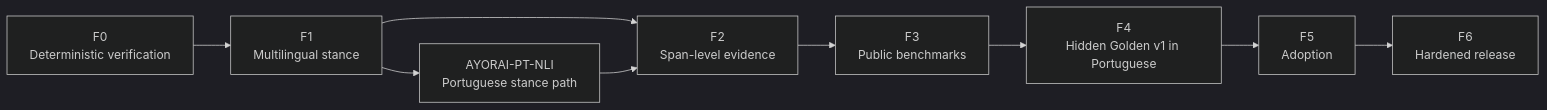
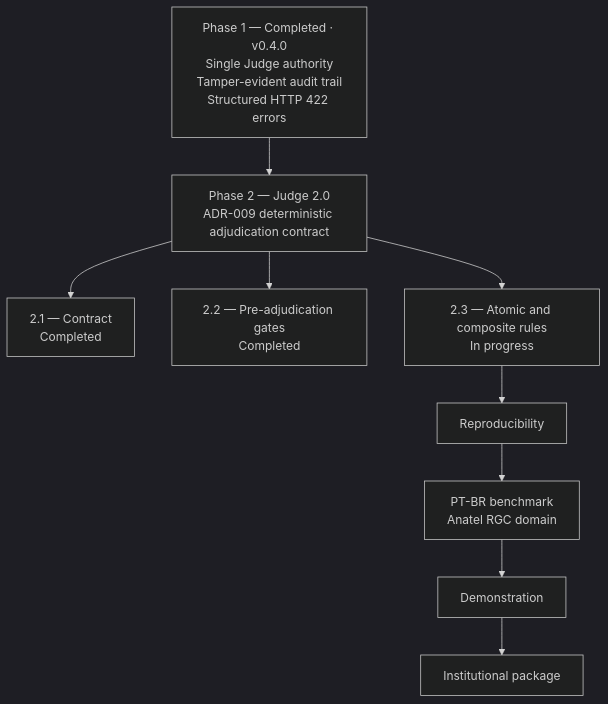
The second of 2 diagrams in README.md (Ayorinha/ayorai-opensearch), drawn with Mermaid (dark theme) before and after one commit. The commit also changed other lines of this file, not shown here.

Commit message:
docs: refresh README roadmap, scope and quickstart

```diff
--- a/README.md
+++ b/README.md
@@ -119,11 +115,11 @@
 ~~~mermaid
-flowchart LR
-    F0["F0<br/>Deterministic verification"] --> F1["F1<br/>Multilingual stance"]
-    F1 --> F2["F2<br/>Span-level evidence"]
-    F2 --> F3["F3<br/>Public benchmarks"]
-    F3 --> F4["F4<br/>Hidden Golden v1 in Portuguese"]
-    F4 --> F5["F5<br/>Adoption"]
-    F5 --> F6["F6<br/>Hardened release"]
-    PT["AYORAI-PT-NLI<br/>Portuguese stance path"] --> F2
-    F1 --> PT
+flowchart TD
+    P1["Phase 1 — Completed · v0.4.0<br/>Single Judge authority<br/>Tamper-evident audit trail<br/>Structured HTTP 422 errors"] --> P2["Phase 2 — Judge 2.0<br/>ADR-009 deterministic adjudication contract"]
+    P2 --> P21["2.1 — Contract<br/>Completed"]
+    P2 --> P22["2.2 — Pre-adjudication gates<br/>Completed"]
+    P2 --> P23["2.3 — Atomic and composite rules<br/>In progress"]
+    P23 --> P3["Reproducibility"]
+    P3 --> P4["PT-BR benchmark<br/>Anatel RGC domain"]
+    P4 --> P5["Demonstration"]
+    P5 --> P6["Institutional package"]
 ~~~
```
